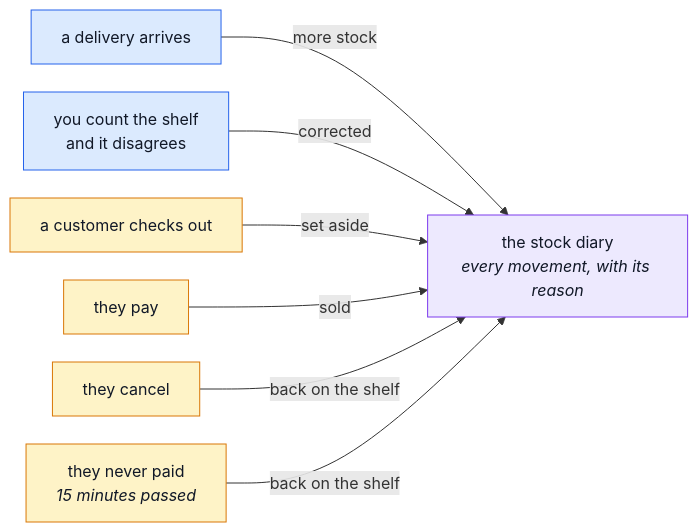
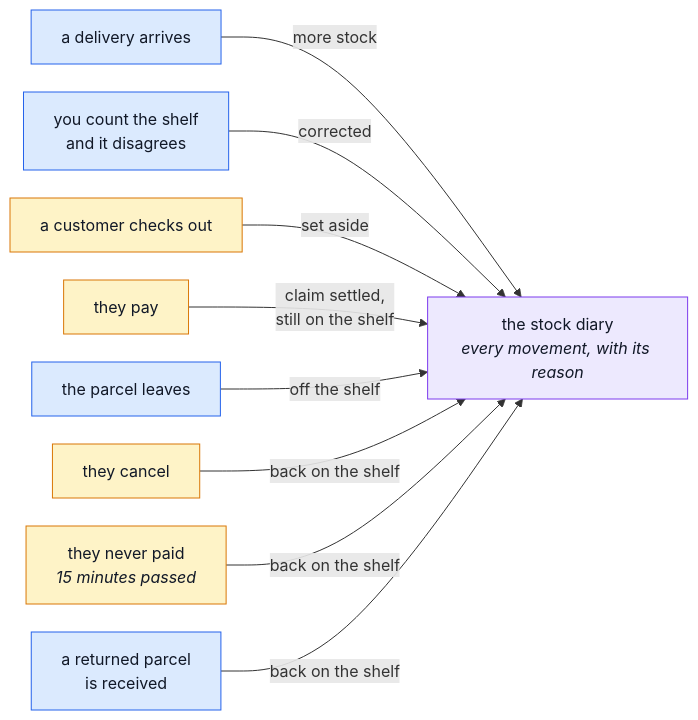
The first of 3 diagrams in docs/demo-ecommerce/warehouse.md (Guebbit/boilerplate-node-backend), drawn with Mermaid before and after one commit. The commit also changed other lines of this file and 2 other files, not shown here.

Commit message:
docs(demo-ecommerce): the stock pages follow the stock rules, and the operator text is true
Stock leaves the shelf at dispatch, so a paid, unshipped order is still set aside, and products
are not edited in bulk. The operator holds no staff rule in the shop and is a customer of it,
like every account.

````diff
--- a/docs/demo-ecommerce/warehouse.md
+++ b/docs/demo-ecommerce/warehouse.md
@@ -14,17 +14,19 @@
 ```mermaid
 %%{init: {'flowchart': {'nodeSpacing': 28, 'rankSpacing': 55}}}%%
 flowchart LR
     A["a delivery arrives"] -->|"more stock"| L["the stock diary<br/><i>every movement, with its reason</i>"]
     B["you count the shelf<br/>and it disagrees"] -->|"corrected"| L
     C["a customer checks out"] -->|"set aside"| L
-    D["they pay"] -->|"sold"| L
+    D["they pay"] -->|"claim settled,<br/>still on the shelf"| L
+    G["the parcel leaves"] -->|"off the shelf"| L
     E["they cancel"] -->|"back on the shelf"| L
     F["they never paid<br/><i>15 minutes passed</i>"] -->|"back on the shelf"| L
+    R["a returned parcel<br/>is received"] -->|"back on the shelf"| L
 
     classDef you fill:#dbeafe,stroke:#2563eb,color:#111827;
     classDef auto fill:#fef3c7,stroke:#d97706,color:#111827;
     classDef book fill:#ede9fe,stroke:#7c3aed,color:#111827;
-    class A,B you;
+    class A,B,G,R you;
     class C,D,E,F auto;
     class L book;
 ```
````
